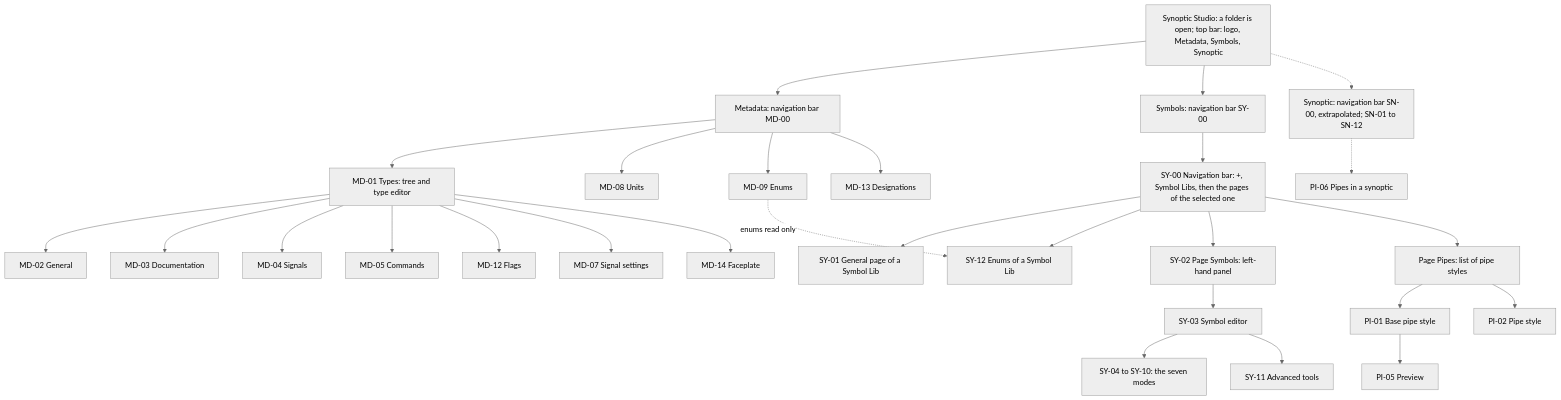
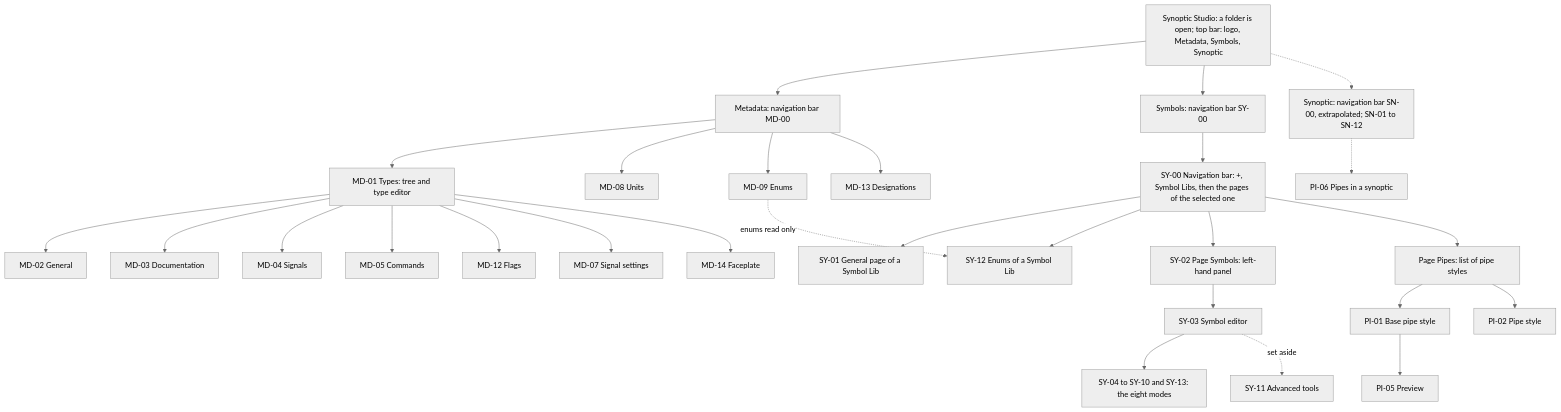
Before and after one commit to AlexandreGallais/synoptic-studio-spec: the seventh of 7 diagrams in screens/README.md, drawn with Mermaid (neutral theme). The commit also changed other lines of this file and 18 other files, not shown here.

````diff
--- a/screens/README.md
+++ b/screens/README.md
@@ -216,32 +216,32 @@
 ```mermaid
 flowchart TD
     APP["Synoptic Studio: a folder is open; top bar: logo, Metadata, Symbols, Synoptic"] --> MD["Metadata: navigation bar MD-00"]
     APP --> SY["Symbols: navigation bar SY-00"]
     APP -.-> P3["Synoptic: navigation bar SN-00, extrapolated; SN-01 to SN-12"]
 
     MD --> MD01["MD-01 Types: tree and type editor"]
     MD01 --> MD02["MD-02 General"]
     MD01 --> MD03["MD-03 Documentation"]
     MD01 --> MD04["MD-04 Signals"]
     MD01 --> MD05["MD-05 Commands"]
     MD01 --> MD12["MD-12 Flags"]
     MD01 --> MD07["MD-07 Signal settings"]
     MD01 --> MD14["MD-14 Faceplate"]
     MD --> MD08["MD-08 Units"]
     MD --> MD09["MD-09 Enums"]
     MD --> MD13["MD-13 Designations"]
 
     SY --> SY00["SY-00 Navigation bar: +, Symbol Libs, then the pages of the selected one"]
     SY00 --> SY01["SY-01 General page of a Symbol Lib"]
     SY00 --> SY12["SY-12 Enums of a Symbol Lib"]
     SY00 --> SY02["SY-02 Page Symbols: left-hand panel"]
     SY00 --> SYP["Page Pipes: list of pipe styles"]
     SY02 --> SY03["SY-03 Symbol editor"]
-    SY03 --> SY04["SY-04 to SY-10: the seven modes"]
-    SY03 --> SY11["SY-11 Advanced tools"]
+    SY03 --> SY04["SY-04 to SY-10 and SY-13: the eight modes"]
+    SY03 -.->|"set aside"| SY11["SY-11 Advanced tools"]
     MD09 -.->|"enums read only"| SY12
     SYP --> PI01["PI-01 Base pipe style"]
     SYP --> PI02["PI-02 Pipe style"]
     PI01 --> PI05["PI-05 Preview"]
     P3 -.-> PI06["PI-06 Pipes in a synoptic"]
 ```
````
